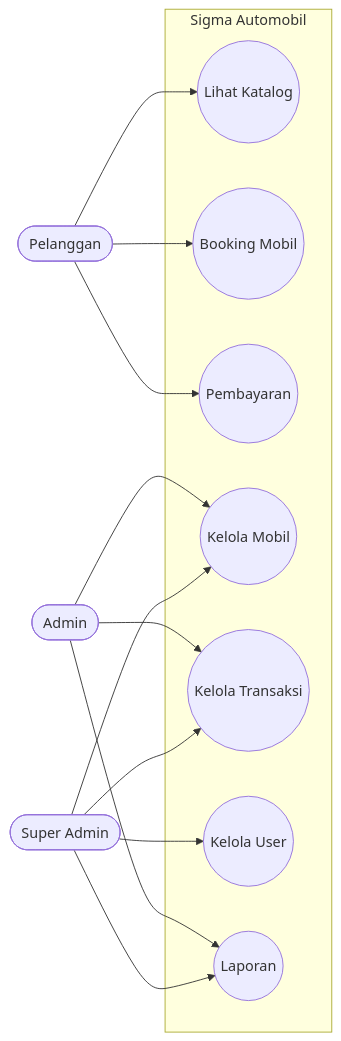
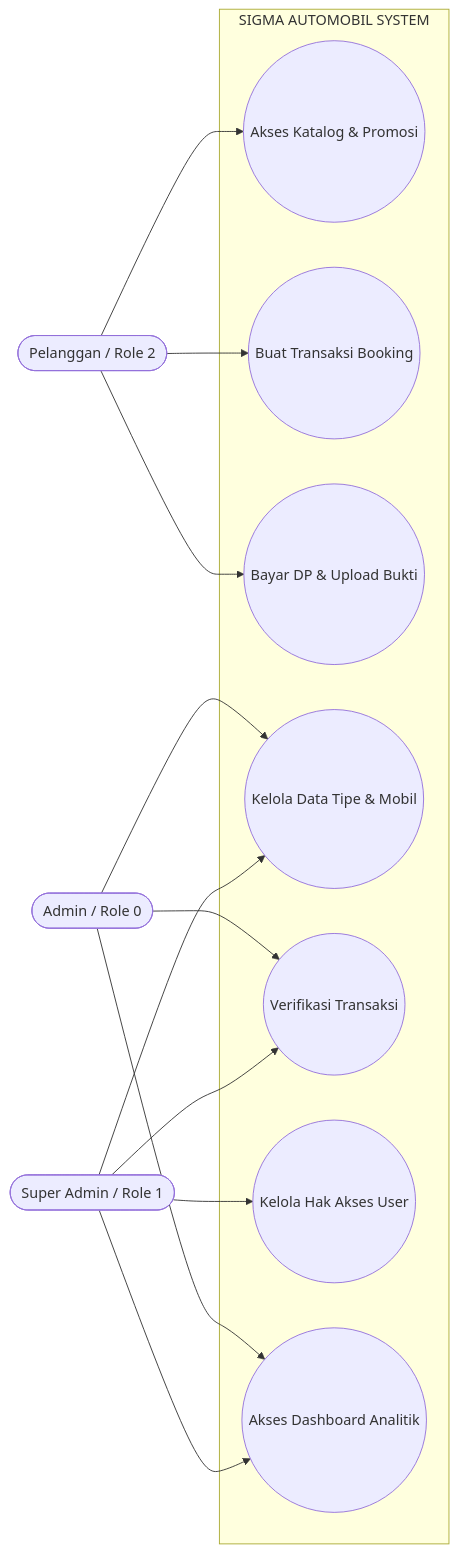
Before and after one commit to ohmyzan/Sistem-Penjualan-Mobil: the first of 3 diagrams in README.md, drawn with Mermaid. The commit also changed other lines of this file, not shown here.

````diff
--- a/README.md
+++ b/README.md
@@ -133,29 +97,29 @@
 ```mermaid
 flowchart LR
-    P([Pelanggan])
-    A([Admin])
-    SA([Super Admin])
+    P([Pelanggan / Role 2])
+    A([Admin / Role 0])
+    SA([Super Admin / Role 1])
 
-    subgraph SYSTEM [Sigma Automobil]
-        UC1((Lihat Katalog))
-        UC2((Booking Mobil))
-        UC3((Pembayaran))
-        UC4((Kelola Mobil))
-        UC5((Kelola Transaksi))
-        UC6((Kelola User))
-        UC7((Laporan))
+    subgraph System ["SIGMA AUTOMOBIL SYSTEM"]
+        UC1((Akses Katalog & Promosi))
+        UC2((Buat Transaksi Booking))
+        UC3((Bayar DP & Upload Bukti))
+        UC4((Kelola Data Tipe & Mobil))
+        UC5((Verifikasi Transaksi))
+        UC6((Kelola Hak Akses User))
+        UC7((Akses Dashboard Analitik))
     end
 
     P --> UC1
     P --> UC2
     P --> UC3
 
     A --> UC4
     A --> UC5
     A --> UC7
 
     SA --> UC4
     SA --> UC5
     SA --> UC6
     SA --> UC7
 ```
````
